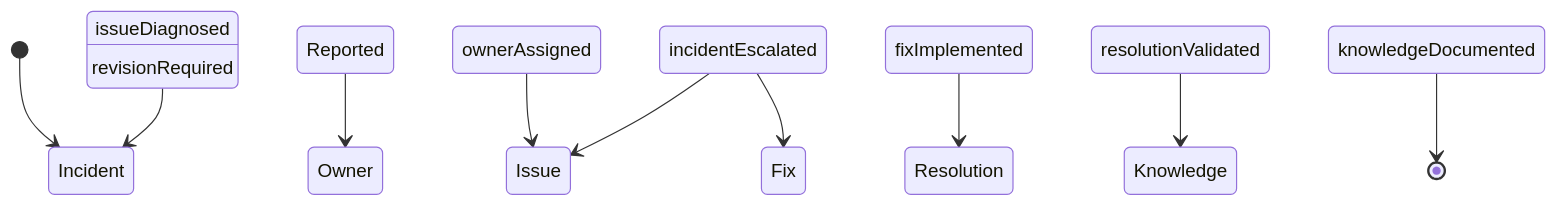
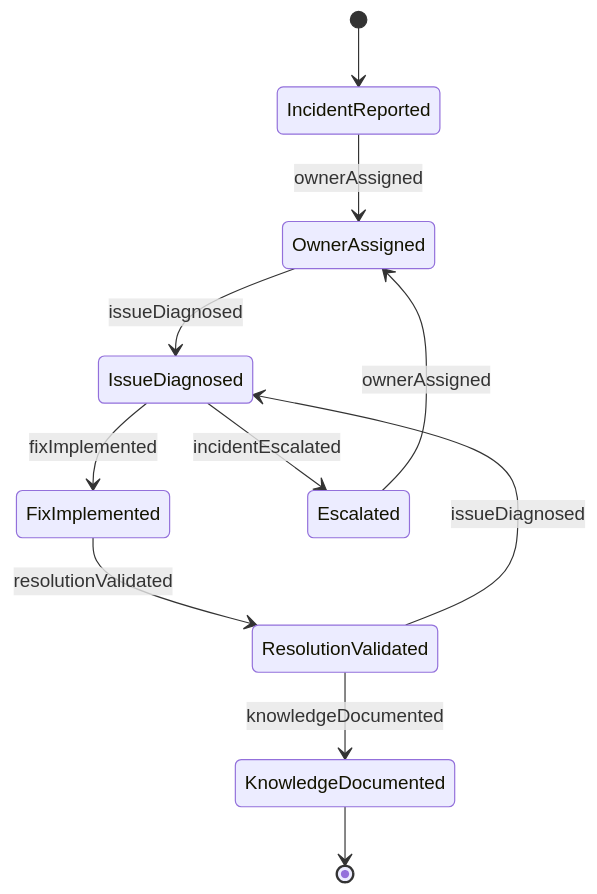
The second of 4 diagrams in CommunicatingWithSupervisorsPeersOrSubordinates/CoordinateWithOthersToResolveProblems/CollaborateOthersResolveInformationTechnology.mdx (dot-org-ai/tasks.org.ai), drawn with Mermaid before and after one commit. The commit also changed other lines of this file and 515 other files, not shown here.

````diff
--- a/CommunicatingWithSupervisorsPeersOrSubordinates/CoordinateWithOthersToResolveProblems/CollaborateOthersResolveInformationTechnology.mdx
+++ b/CommunicatingWithSupervisorsPeersOrSubordinates/CoordinateWithOthersToResolveProblems/CollaborateOthersResolveInformationTechnology.mdx
@@ -99,12 +99,13 @@
 ```mermaid
 stateDiagram-v2
-    [*] --> Incident Reported
-    Incident Reported --> Owner Assigned : ownerAssigned
-    Owner Assigned --> Issue Diagnosed : issueDiagnosed
-    Issue Diagnosed --> Incident Escalated : incidentEscalated
-    Incident Escalated --> Fix Implemented : fixImplemented
-    Fix Implemented --> Resolution Validated : resolutionValidated
-    Resolution Validated --> Knowledge Documented : knowledgeDocumented
-    Incident Escalated --> Issue Diagnosed : revisionRequired
-    Knowledge Documented --> [*]
+    [*] --> IncidentReported
+    IncidentReported --> OwnerAssigned : ownerAssigned
+    OwnerAssigned --> IssueDiagnosed : issueDiagnosed
+    IssueDiagnosed --> FixImplemented : fixImplemented
+    IssueDiagnosed --> Escalated : incidentEscalated
+    Escalated --> OwnerAssigned : ownerAssigned
+    FixImplemented --> ResolutionValidated : resolutionValidated
+    ResolutionValidated --> KnowledgeDocumented : knowledgeDocumented
+    ResolutionValidated --> IssueDiagnosed : issueDiagnosed
+    KnowledgeDocumented --> [*]
 ```
````
